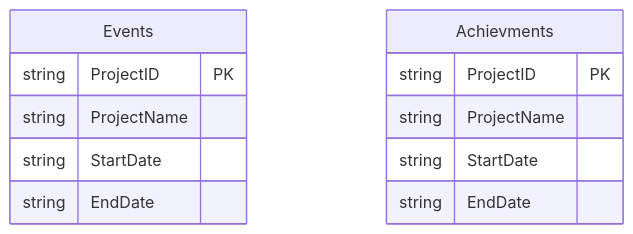
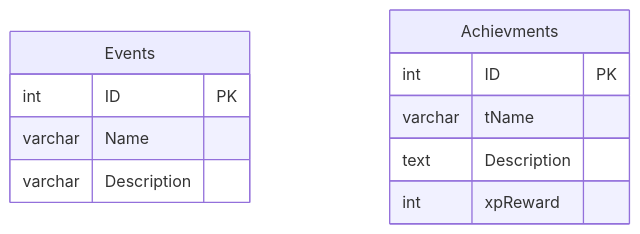
The third of 3 diagrams in Entities.qmd (mszeihen/DatabaseProject-5725), drawn with Mermaid before and after one commit. The commit also changed other lines of this file, not shown here.

````diff
--- a/Entities.qmd
+++ b/Entities.qmd
@@ -83,15 +89,14 @@
 ```{mermaid}
 erDiagram
     Events{
-        string ProjectID PK
-        string ProjectName
-        string StartDate
-        string EndDate
+        int ID PK
+        varchar Name
+        varchar Description
     }
     Achievments{
-        string ProjectID PK
-        string ProjectName
-        string StartDate
-        string EndDate
+        int ID PK
+        varchar tName
+        text Description
+        int  xpReward
     }
 ```
````
